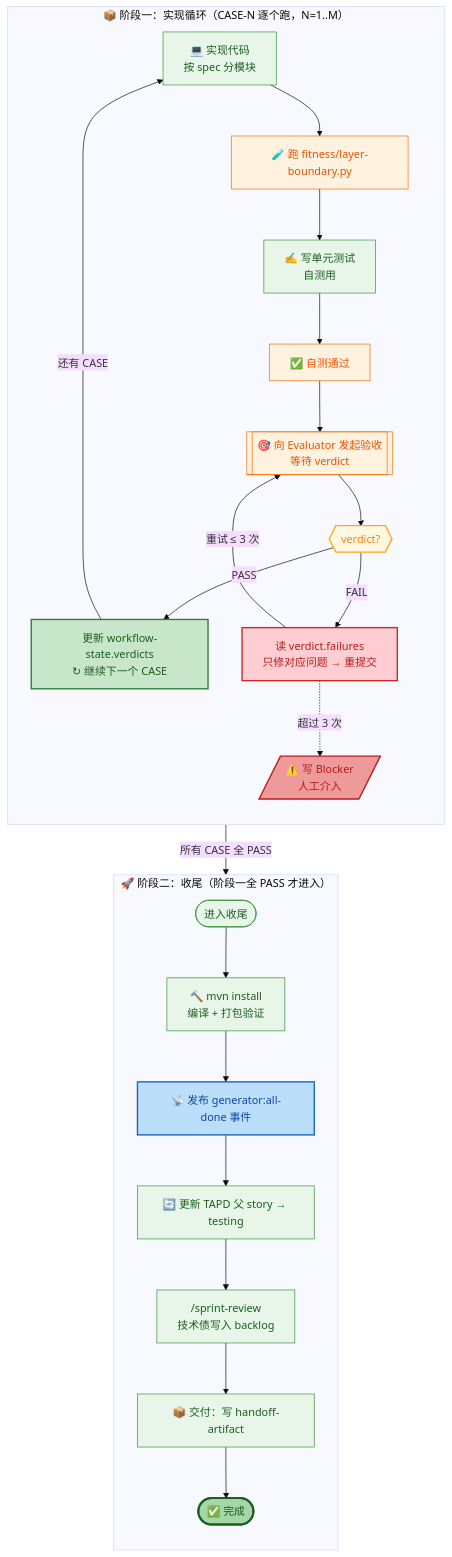
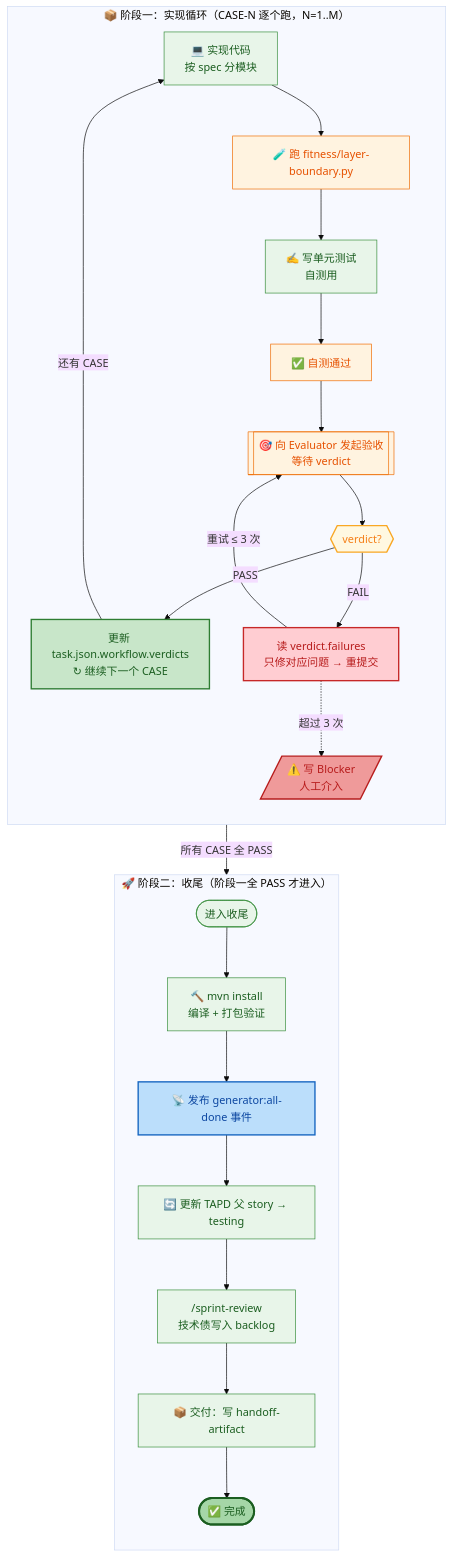
Before and after one commit to dd-xiaozhi/dev-agent-flow: diagram 12 of 16 in README.md, drawn with Mermaid (base theme). The commit also changed other lines of this file and 34 other files, not shown here.

First line of the commit message:
refactor(skill): 合并 git skills + 下线 workflow-state.json + flow 仅保留当前步骤

````diff
--- a/README.md
+++ b/README.md
@@ -399,47 +399,47 @@
 ```mermaid
 flowchart TD
     subgraph PHASE1["📦 阶段一：实现循环（CASE-N 逐个跑，N=1..M）"]
         direction TB
         P1A[💻 实现代码<br/>按 spec 分模块] --> P1B[🧪 跑 fitness/layer-boundary.py]
         P1B --> P1C[✍️ 写单元测试<br/>自测用]
         P1C --> P1E[✅ 自测通过]
         P1E --> P1F[[🎯 向 Evaluator 发起验收<br/>等待 verdict]]
         P1F --> P1G{{"verdict?"}}
-        P1G -->|PASS| P1H[更新 workflow-state.verdicts<br/>↻ 继续下一个 CASE]
+        P1G -->|PASS| P1H[更新 task.json.workflow.verdicts<br/>↻ 继续下一个 CASE]
         P1G -->|FAIL| P1I["读 verdict.failures<br/>只修对应问题 → 重提交"]
         P1I -->|"重试 ≤ 3 次"| P1F
         P1I -.->|"超过 3 次"| BL[/⚠️ 写 Blocker<br/>人工介入/]
         P1H -->|"还有 CASE"| P1A
     end
 
     P1H -->|"所有 CASE 全 PASS"| PHASE2_ENTRY
 
     subgraph PHASE2["🚀 阶段二：收尾（阶段一全 PASS 才进入）"]
         direction TB
         PHASE2_ENTRY([进入收尾]) --> P2A[🔨 mvn install<br/>编译 + 打包验证]
         P2A --> P2B[📡 发布 generator:all-done 事件]
         P2B --> P2C[🔄 更新 TAPD 父 story → testing]
         P2C --> P2D["/sprint-review<br/>技术债写入 backlog"]
         P2D --> P2E[📦 交付：写 handoff-artifact]
         P2E --> DONE([✅ 完成])
     end
 
     classDef impl fill:#e8f5e9,stroke:#388e3c,stroke-width:1px,color:#1b5e20
     classDef test fill:#fff3e0,stroke:#ef6c00,stroke-width:1px,color:#e65100
     classDef decision fill:#fff8e1,stroke:#f9a825,stroke-width:2px,color:#f57f17
     classDef pass fill:#c8e6c9,stroke:#2e7d32,stroke-width:2px,color:#1b5e20
     classDef fail fill:#ffcdd2,stroke:#c62828,stroke-width:2px,color:#b71c1c
     classDef blocker fill:#ef9a9a,stroke:#b71c1c,stroke-width:2px,color:#b71c1c
     classDef event fill:#bbdefb,stroke:#1565c0,stroke-width:2px,color:#0d47a1
     classDef done fill:#a5d6a7,stroke:#1b5e20,stroke-width:3px,color:#1b5e20
 
     class P1A,P1C,P1D impl
     class P1B,P1E,P1F test
     class P1G decision
     class P1H pass
     class P1I fail
     class BL blocker
     class PHASE2_ENTRY,P2A,P2C,P2D,P2E impl
     class P2B event
     class DONE done
 ```
````
